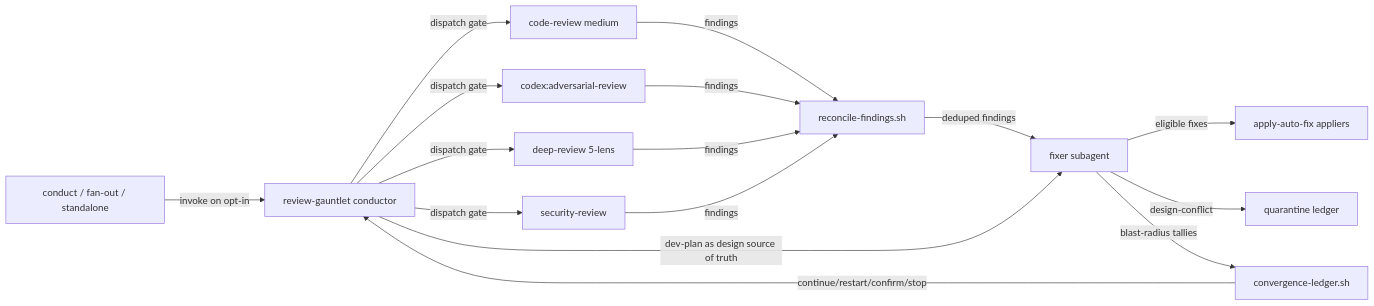
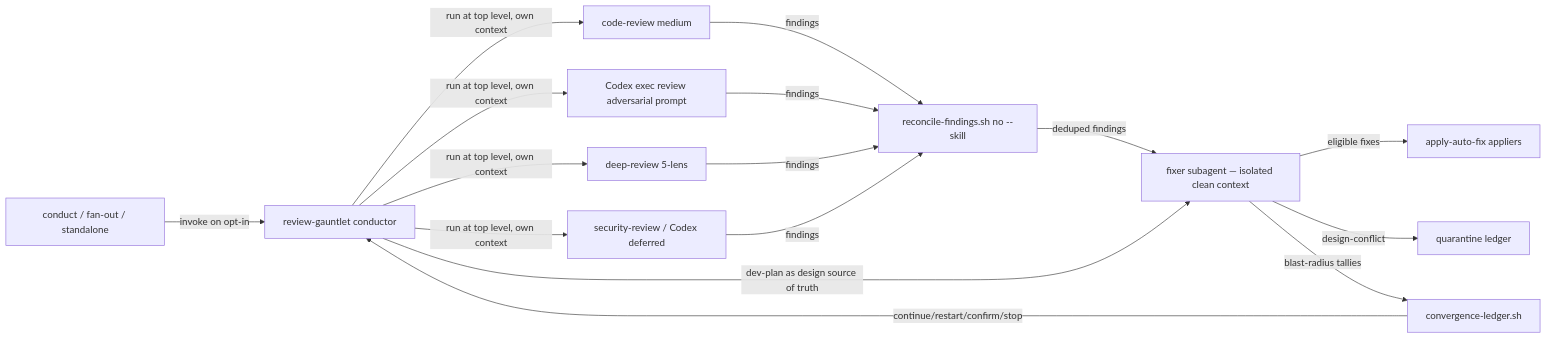
The first of 2 diagrams in docs/dev_plans/20260707-feature-review-gauntlet-skill.md (vr000m/skein), drawn with Mermaid before and after one commit. The commit also changed other lines of this file, not shown here.

First line of the commit message:
docs(dev-plan): revise review-gauntlet plan per Codex + 5-lens review

````diff
--- a/docs/dev_plans/20260707-feature-review-gauntlet-skill.md
+++ b/docs/dev_plans/20260707-feature-review-gauntlet-skill.md
@@ -210,15 +234,15 @@
 ```mermaid
 graph LR
     CALL[conduct / fan-out / standalone] -->|invoke on opt-in| GA[review-gauntlet conductor]
-    GA -->|dispatch gate| G1[code-review medium]
-    GA -->|dispatch gate| G2[codex:adversarial-review]
-    GA -->|dispatch gate| G3[deep-review 5-lens]
-    GA -->|dispatch gate| G4[security-review]
-    G1 & G2 & G3 & G4 -->|findings| REC[reconcile-findings.sh]
-    REC -->|deduped findings| FX[fixer subagent]
+    GA -->|run at top level, own context| G1[code-review medium]
+    GA -->|run at top level, own context| G2[Codex exec review adversarial prompt]
+    GA -->|run at top level, own context| G3[deep-review 5-lens]
+    GA -->|run at top level, own context| G4[security-review / Codex deferred]
+    G1 & G2 & G3 & G4 -->|findings| REC[reconcile-findings.sh no --skill]
+    REC -->|deduped findings| FX[fixer subagent — isolated clean context]
     FX -->|eligible fixes| AP[apply-auto-fix appliers]
     FX -->|design-conflict| QL[quarantine ledger]
     FX -->|blast-radius tallies| CL[convergence-ledger.sh]
     CL -->|continue/restart/confirm/stop| GA
     GA -->|dev-plan as design source of truth| FX
 ```
````
